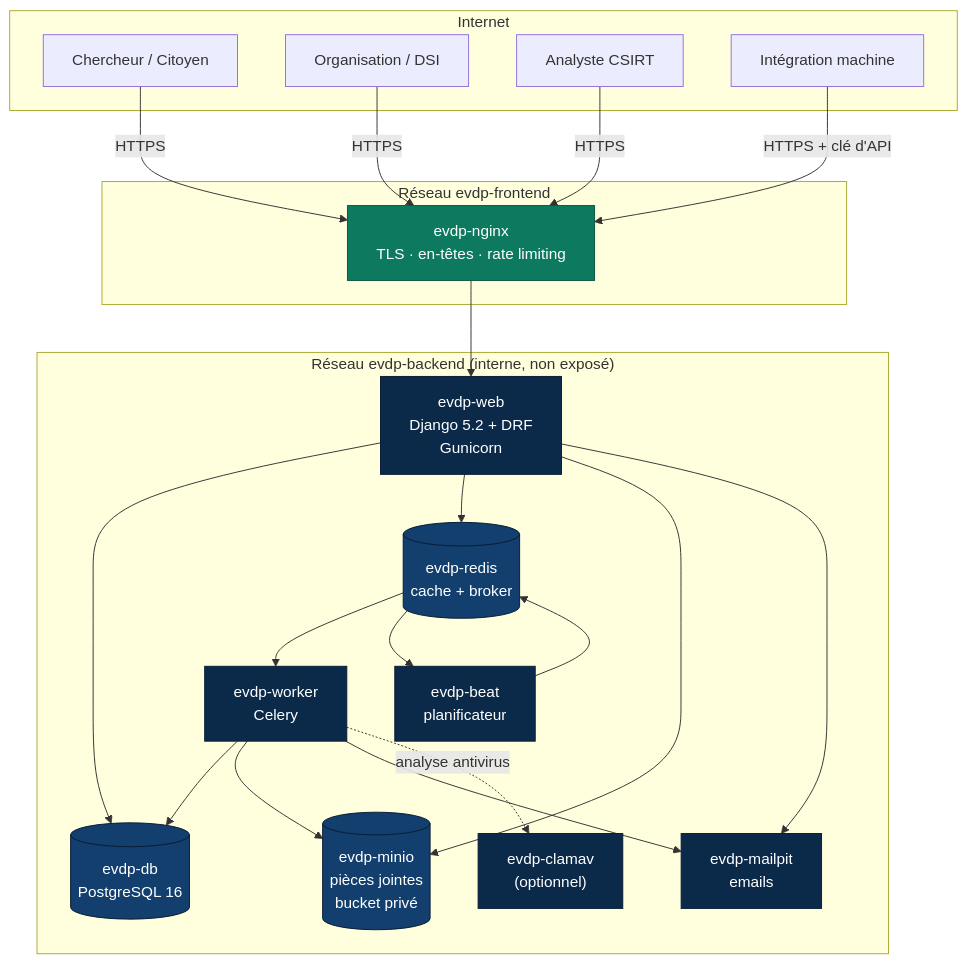
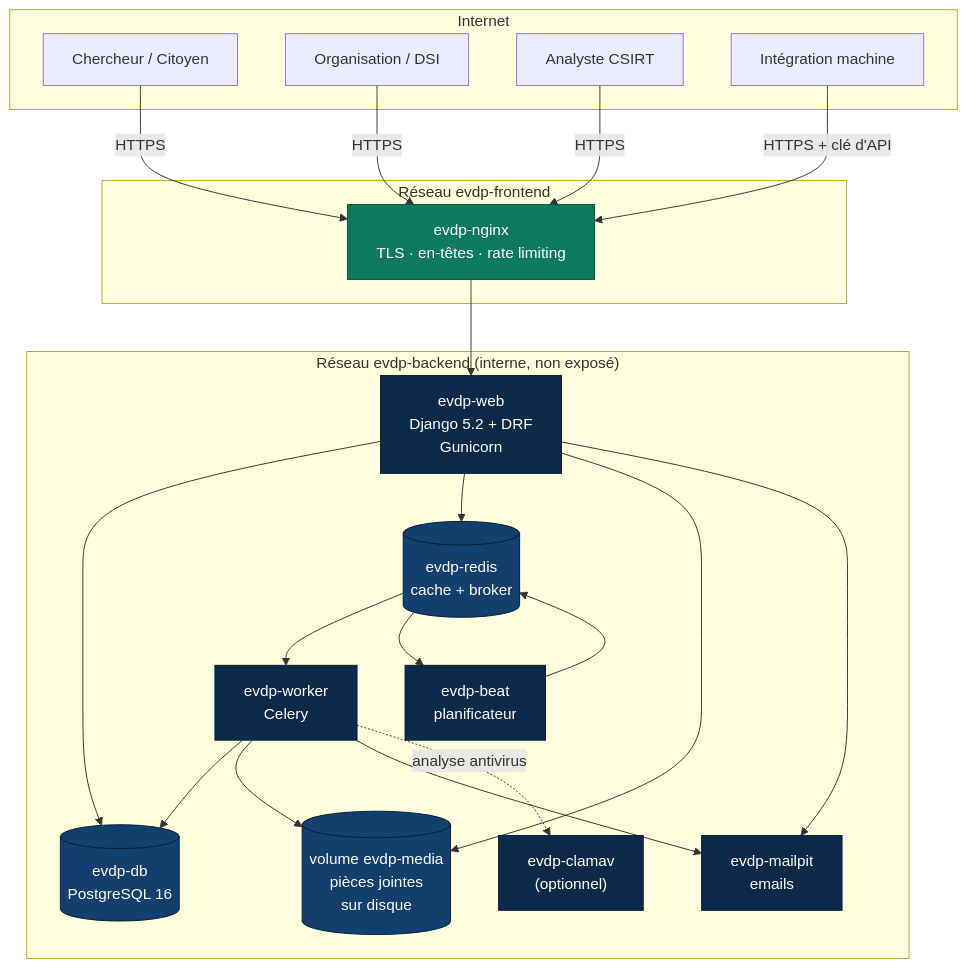
Before and after one commit to Faso-Shield/eVDP: the diagram in docs/diagrams/architecture.md, drawn with Mermaid. The commit also changed other lines of this file and 15 other files, not shown here.

First line of the commit message:
Stockage : les pieces jointes passent de MinIO au disque

````diff
--- a/docs/diagrams/architecture.md
+++ b/docs/diagrams/architecture.md
@@ -3,50 +3,50 @@
 ```mermaid
 graph TB
     subgraph internet["Internet"]
         R["Chercheur / Citoyen"]
         O["Organisation / DSI"]
         A["Analyste CSIRT"]
         API["Intégration machine"]
     end
 
     subgraph frontend["Réseau evdp-frontend"]
         NGINX["evdp-nginx<br/>TLS · en-têtes · rate limiting"]
     end
 
     subgraph backend["Réseau evdp-backend (interne, non exposé)"]
         WEB["evdp-web<br/>Django 5.2 + DRF<br/>Gunicorn"]
         DB[("evdp-db<br/>PostgreSQL 16")]
         REDIS[("evdp-redis<br/>cache + broker")]
         WORKER["evdp-worker<br/>Celery"]
         BEAT["evdp-beat<br/>planificateur"]
-        MINIO[("evdp-minio<br/>pièces jointes<br/>bucket privé")]
+        MEDIA[("volume evdp-media<br/>pièces jointes<br/>sur disque")]
         MAIL["evdp-mailpit<br/>emails"]
         CLAM["evdp-clamav<br/>(optionnel)"]
     end
 
     R -->|HTTPS| NGINX
     O -->|HTTPS| NGINX
     A -->|HTTPS| NGINX
     API -->|HTTPS + clé d'API| NGINX
 
     NGINX --> WEB
     WEB --> DB
     WEB --> REDIS
-    WEB --> MINIO
+    WEB --> MEDIA
     WEB --> MAIL
 
     REDIS --> WORKER
     REDIS --> BEAT
     BEAT --> REDIS
     WORKER --> DB
-    WORKER --> MINIO
+    WORKER --> MEDIA
     WORKER --> MAIL
     WORKER -.->|analyse antivirus| CLAM
 
     classDef exposed fill:#0d7a5f,stroke:#08553f,color:#fff
     classDef internal fill:#0b2a4a,stroke:#071c33,color:#fff
     classDef store fill:#123f6d,stroke:#071c33,color:#fff
     class NGINX exposed
     class WEB,WORKER,BEAT,MAIL,CLAM internal
-    class DB,REDIS,MINIO store
+    class DB,REDIS,MEDIA store
 ```
````
